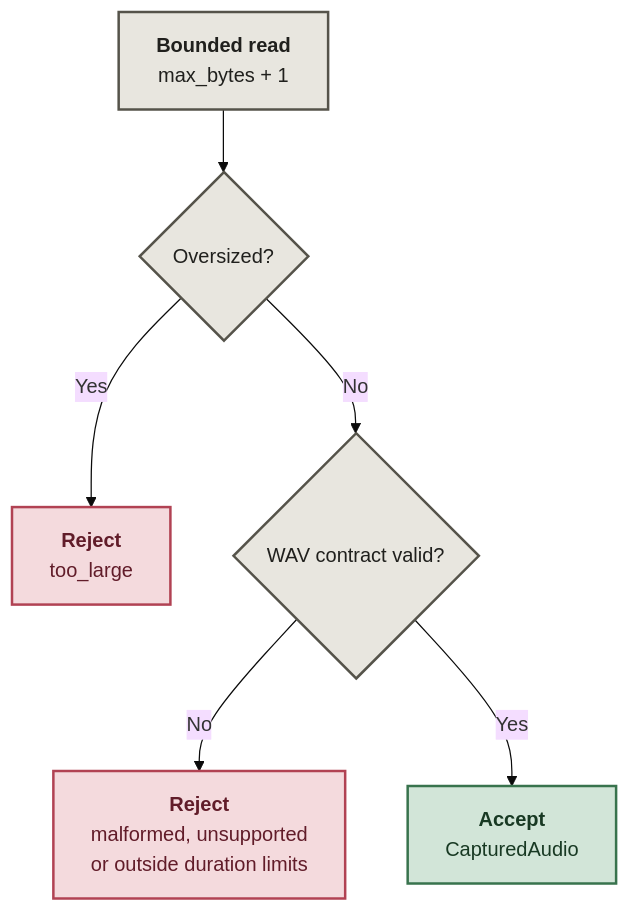
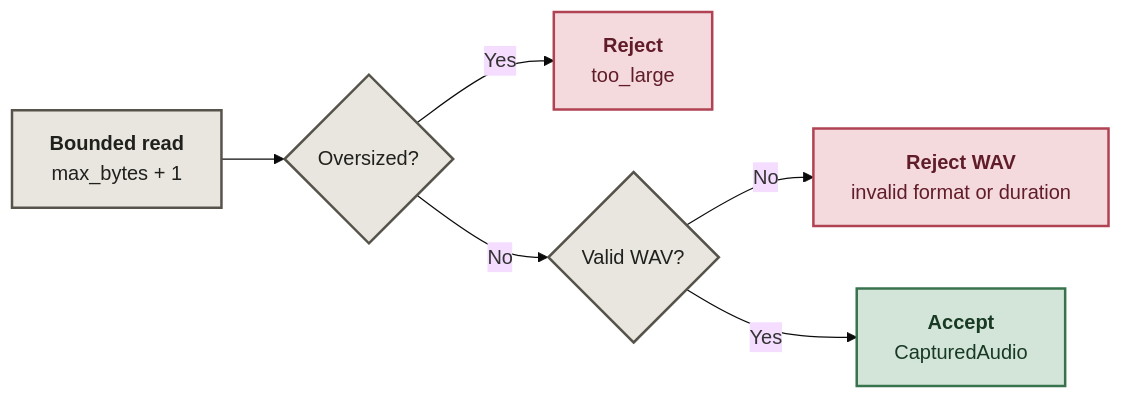
Before and after one commit to Niyam-Paneru/voice-pipeline-guard: the first of 2 diagrams in README.md, drawn with Mermaid (base theme). The commit also changed other lines of this file, not shown here.

````diff
--- a/README.md
+++ b/README.md
@@ -11,14 +11,14 @@
 ```mermaid
-flowchart TB
+flowchart LR
     A["<b>Bounded read</b><br/>max_bytes + 1"] --> B{"Oversized?"}
     B -- Yes --> R["<b>Reject</b><br/>too_large"]
-    B -- No --> C{"WAV contract valid?"}
-    C -- No --> X["<b>Reject</b><br/>malformed, unsupported<br/>or outside duration limits"]
+    B -- No --> C{"Valid WAV?"}
+    C -- No --> X["<b>Reject WAV</b><br/>invalid format or duration"]
     C -- Yes --> D["<b>Accept</b><br/>CapturedAudio"]
     classDef input fill:#e8e6df,stroke:#55534a,color:#20201d,stroke-width:2px;
     classDef pass fill:#d2e5d8,stroke:#38734d,color:#183923,stroke-width:2px;
     classDef stop fill:#f4dadd,stroke:#b14253,color:#611c29,stroke-width:2px;
     class A,B,C input;
     class D pass;
     class R,X stop;
 ```
````
